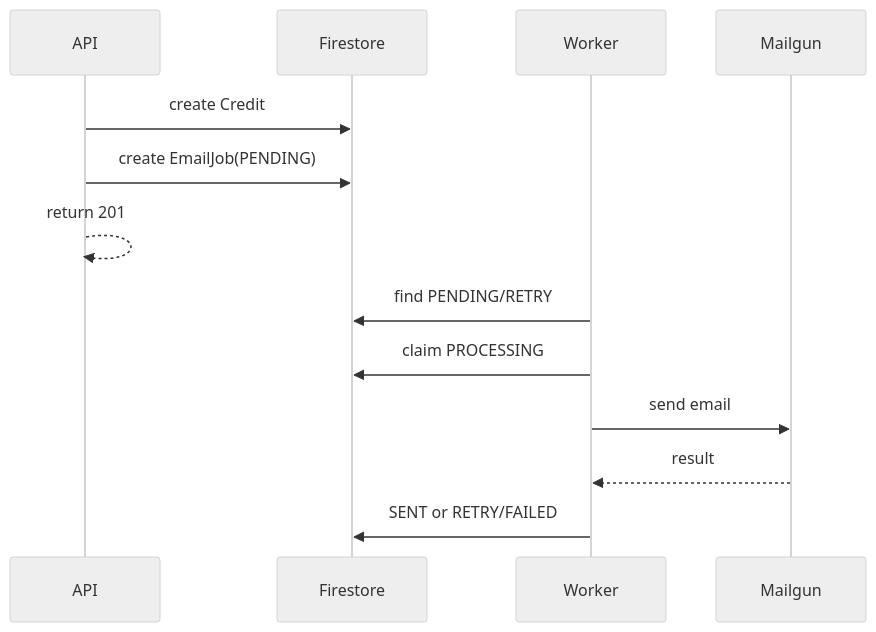
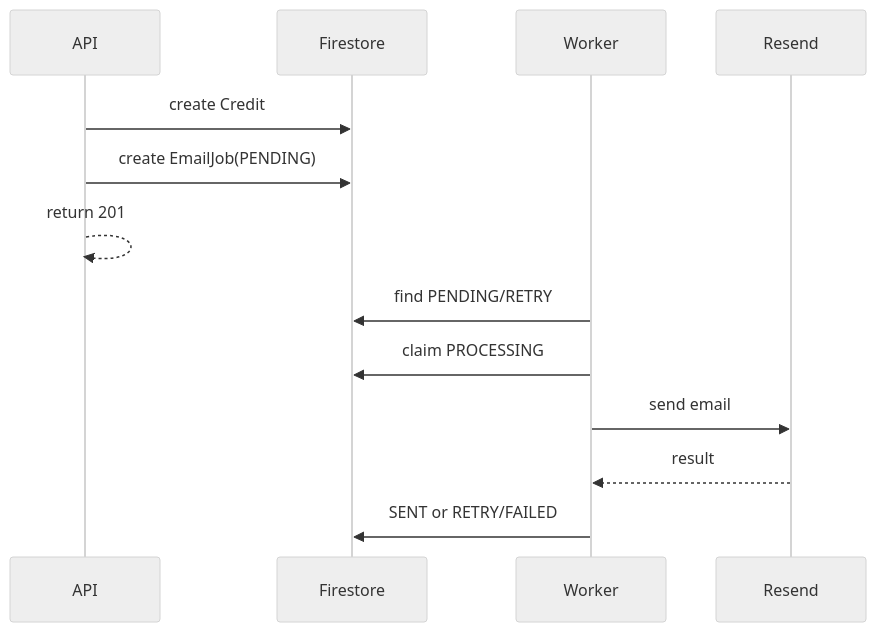
The diagram in docs/email-worker.md (CarlosPolo019/credit-backend), drawn with Mermaid (neutral theme) before and after one commit. The commit also changed other lines of this file and 11 other files, not shown here.

Commit message:
feat: send credit emails with Resend

````diff
--- a/docs/email-worker.md
+++ b/docs/email-worker.md
@@ -7,15 +7,15 @@
 ```mermaid
 sequenceDiagram
   participant API
   participant Firestore
   participant Worker
-  participant Mailgun
+  participant Resend
   API->>Firestore: create Credit
   API->>Firestore: create EmailJob(PENDING)
   API-->>API: return 201
   Worker->>Firestore: find PENDING/RETRY
   Worker->>Firestore: claim PROCESSING
-  Worker->>Mailgun: send email
-  Mailgun-->>Worker: result
+  Worker->>Resend: send email
+  Resend-->>Worker: result
   Worker->>Firestore: SENT or RETRY/FAILED
 ```
````
